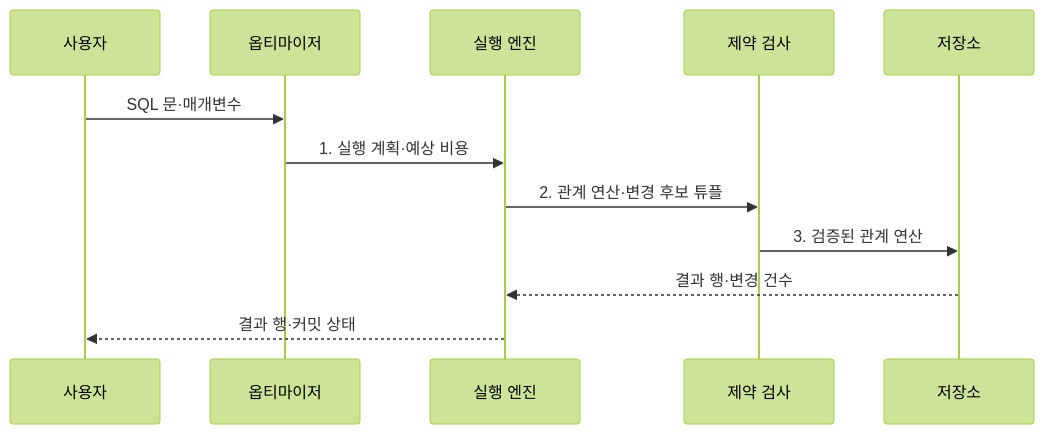
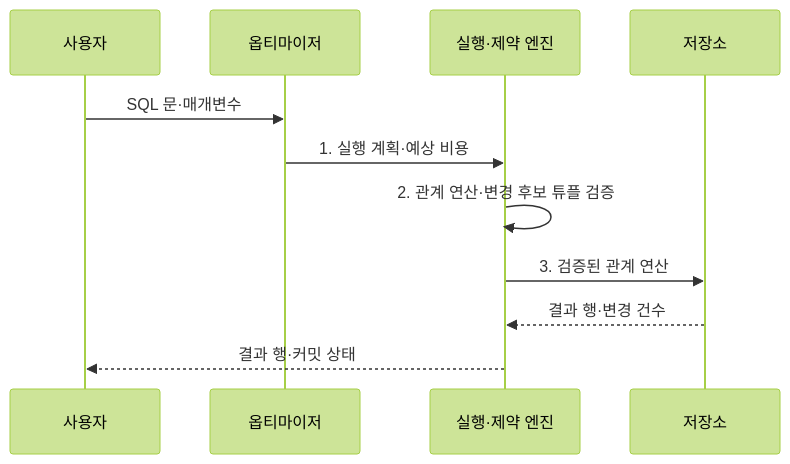
Before and after one commit to agnusdei1207/knowledge-base: the second of 2 diagrams in src/content/docs/notes/03-software/084_relational_database.md, drawn with Mermaid (forest theme). The commit also changed 7 other files, not shown here.

Commit message:
Streamline software data diagrams

````diff
--- a/src/content/docs/notes/03-software/084_relational_database.md
+++ b/src/content/docs/notes/03-software/084_relational_database.md
@@ -102,14 +102,13 @@
 ```mermaid
 sequenceDiagram
     participant U as 사용자
     participant O as 옵티마이저
-    participant E as 실행 엔진
-    participant C as 제약 검사
+    participant E as 실행·제약 엔진
     participant S as 저장소
     U->>O: SQL 문·매개변수
     O->>E: 1. 실행 계획·예상 비용
-    E->>C: 2. 관계 연산·변경 후보 튜플
-    C->>S: 3. 검증된 관계 연산
+    E->>E: 2. 관계 연산·변경 후보 튜플 검증
+    E->>S: 3. 검증된 관계 연산
     S-->>E: 결과 행·변경 건수
     E-->>U: 결과 행·커밋 상태
 ```
````
